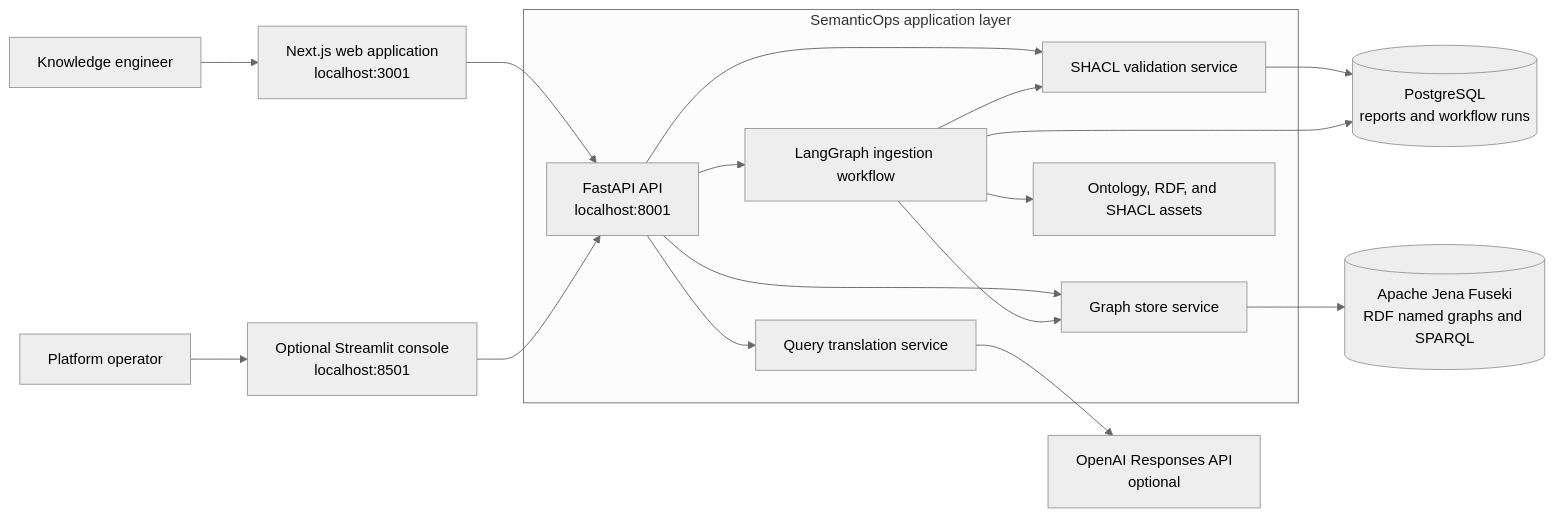
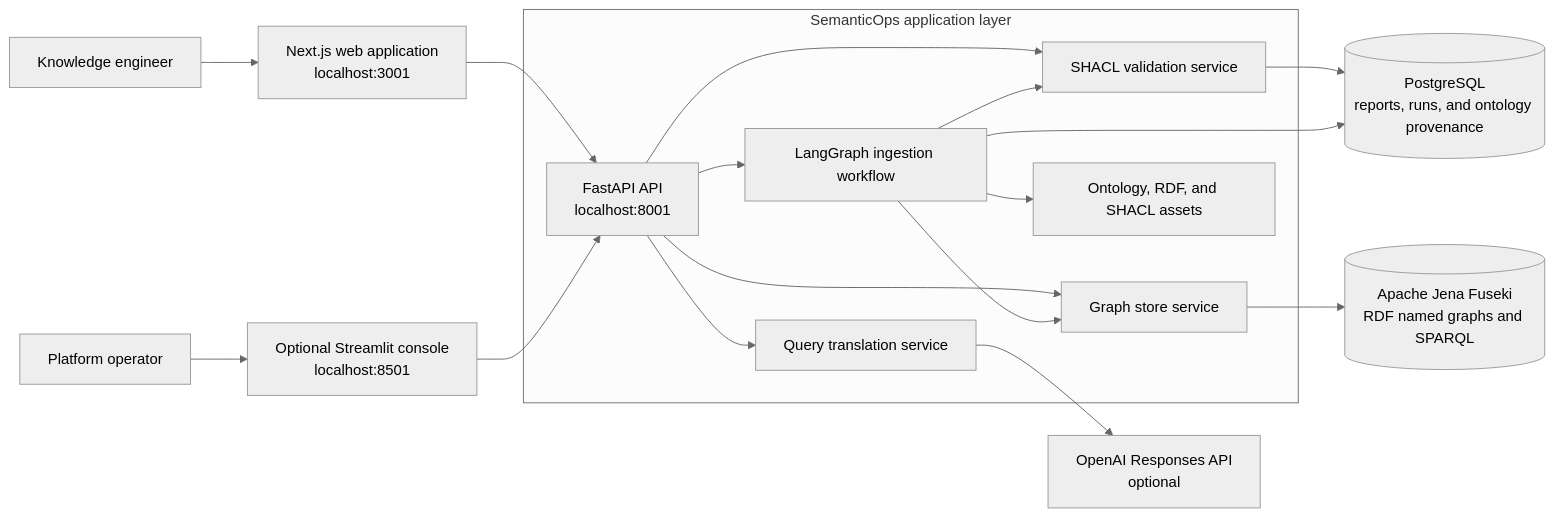
One commit to ragunath1242001/AI-Multi-Agent-Platform-for-Enterprise-Knowledge-Graph-Engineering changed the diagram in README.md. Above: the diagram before and after it, drawn with Mermaid (neutral theme). The commit also changed other lines of this file and 19 other files, not shown here.

Commit message:
feat: add ontology version provenance

````diff
--- a/README.md
+++ b/README.md
@@ -18,24 +19,24 @@
 ```mermaid
 flowchart LR
     User[Knowledge engineer] --> Web[Next.js web application<br/>localhost:3001]
     Operator[Platform operator] --> Console[Optional Streamlit console<br/>localhost:8501]
 
     Web --> API[FastAPI API<br/>localhost:8001]
     Console --> API
 
     subgraph Application[SemanticOps application layer]
         API --> Workflow[LangGraph ingestion workflow]
         API --> Validation[SHACL validation service]
         API --> Graph[Graph store service]
         API --> Translation[Query translation service]
         Workflow --> Assets[Ontology, RDF, and SHACL assets]
         Workflow --> Validation
         Workflow --> Graph
     end
 
-    Validation --> PostgreSQL[(PostgreSQL<br/>reports and workflow runs)]
+    Validation --> PostgreSQL[(PostgreSQL<br/>reports, runs, and ontology provenance)]
     Workflow --> PostgreSQL
     Graph --> Fuseki[(Apache Jena Fuseki<br/>RDF named graphs and SPARQL)]
     Translation --> OpenAI[OpenAI Responses API<br/>optional]
 
 ```
````
